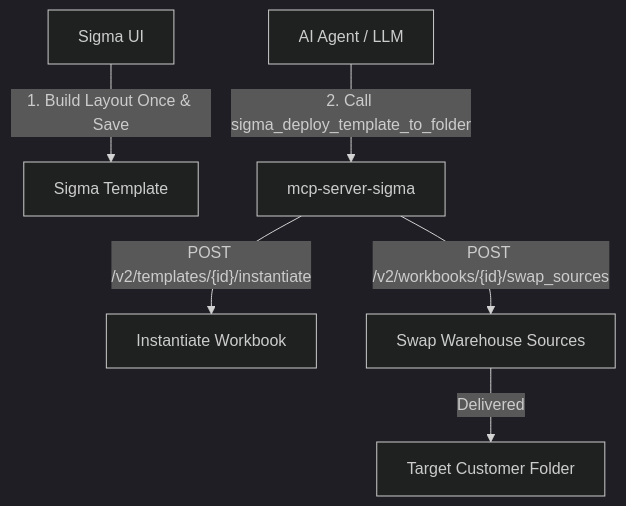
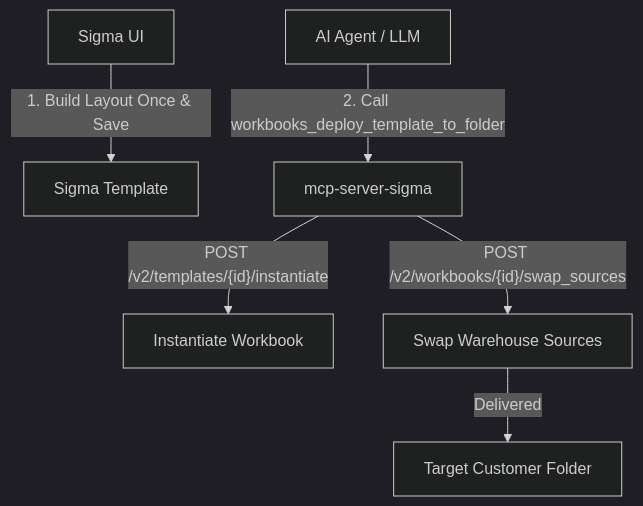
The diagram in README.md (christianclaudio/mcp-server-sigma), drawn with Mermaid (dark theme) before and after one commit. The commit also changed other lines of this file and 33 other files, not shown here.

````diff
--- a/README.md
+++ b/README.md
@@ -42,8 +42,8 @@
 ```mermaid
 graph TD
     UI["Sigma UI"] -->|"1. Build Layout Once & Save"| TPL["Sigma Template"]
-    Agent["AI Agent / LLM"] -->|"2. Call sigma_deploy_template_to_folder"| MCP["mcp-server-sigma"]
+    Agent["AI Agent / LLM"] -->|"2. Call workbooks_deploy_template_to_folder"| MCP["mcp-server-sigma"]
     MCP -->|"POST /v2/templates/{id}/instantiate"| API1["Instantiate Workbook"]
     MCP -->|"POST /v2/workbooks/{id}/swap_sources"| API2["Swap Warehouse Sources"]
     API2 -->|"Delivered"| Dest["Target Customer Folder"]
 ```
````
